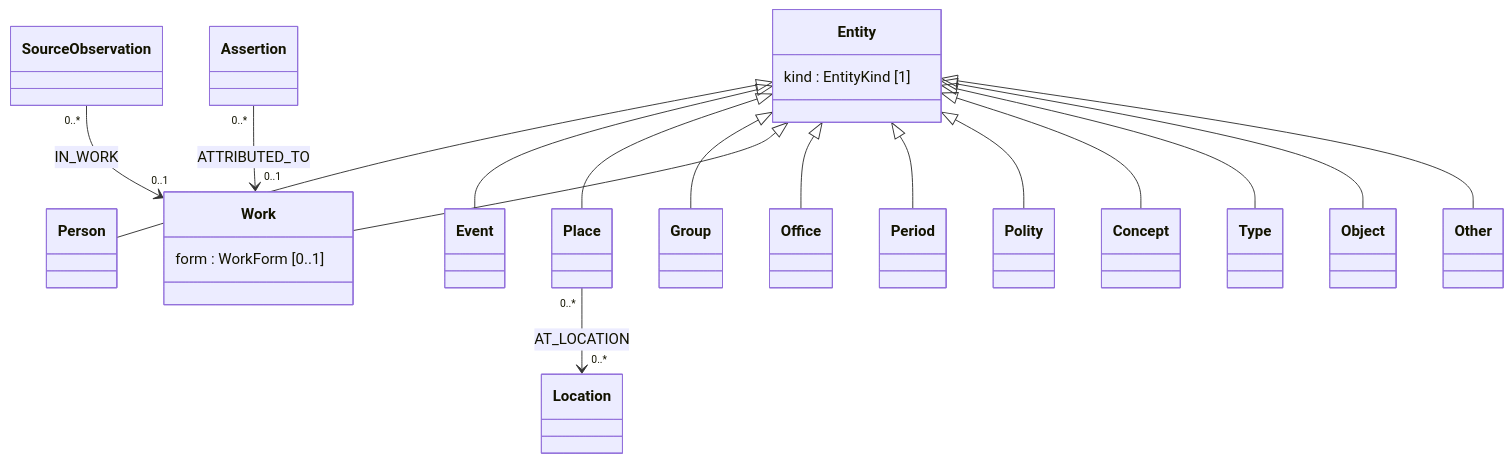
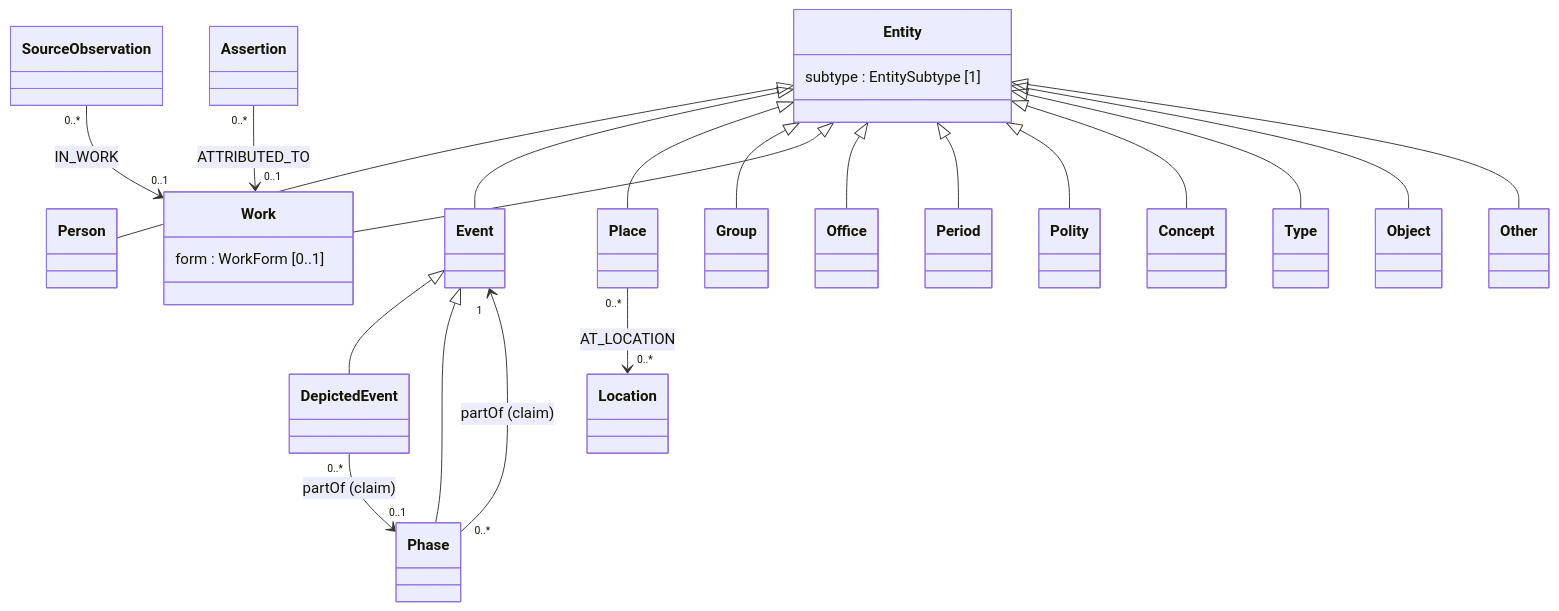
One commit to defarloa1-alt/graph1 changed the second of 2 diagrams in GraphRevised/30-LOGICAL-MODEL.md. Above: the diagram before and after it, drawn with Mermaid. The commit also changed other lines of this file and 159 other files, not shown here.

First line of the commit message:
GraphRevised: lens specialists, event roles, entity review, reasoning review

````diff
--- a/GraphRevised/30-LOGICAL-MODEL.md
+++ b/GraphRevised/30-LOGICAL-MODEL.md
@@ -357,25 +407,29 @@
 ```mermaid
 classDiagram
     direction TB
     class Entity {
-        kind : EntityKind [1]
+        subtype : EntitySubtype [1]
     }
     Entity <|-- Person
     Entity <|-- Event
     Entity <|-- Place
     Entity <|-- Group
     Entity <|-- Work
     Entity <|-- Office
     Entity <|-- Period
     Entity <|-- Polity
     Entity <|-- Concept
     Entity <|-- Type
     Entity <|-- Object
     Entity <|-- Other
     class Work {
         form : WorkForm [0..1]
     }
+    Event <|-- DepictedEvent
+    Event <|-- Phase
     Place "0..*" --> "0..*" Location : AT_LOCATION
     SourceObservation "0..*" --> "0..1" Work : IN_WORK
     Assertion "0..*" --> "0..1" Work : ATTRIBUTED_TO
+    DepictedEvent "0..*" --> "0..1" Phase : partOf (claim)
+    Phase "0..*" --> "1" Event : partOf (claim)
 ```
````
